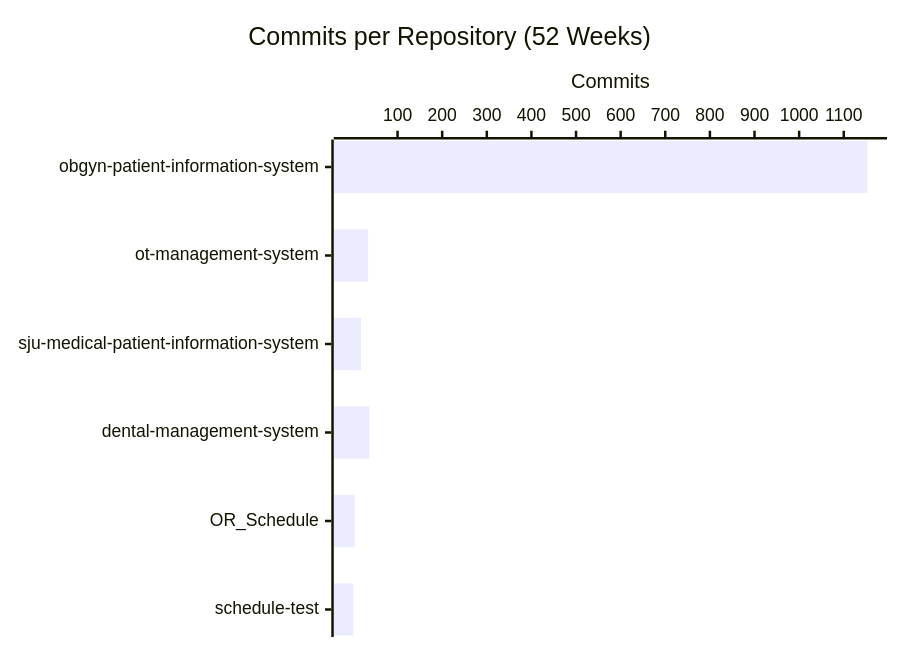
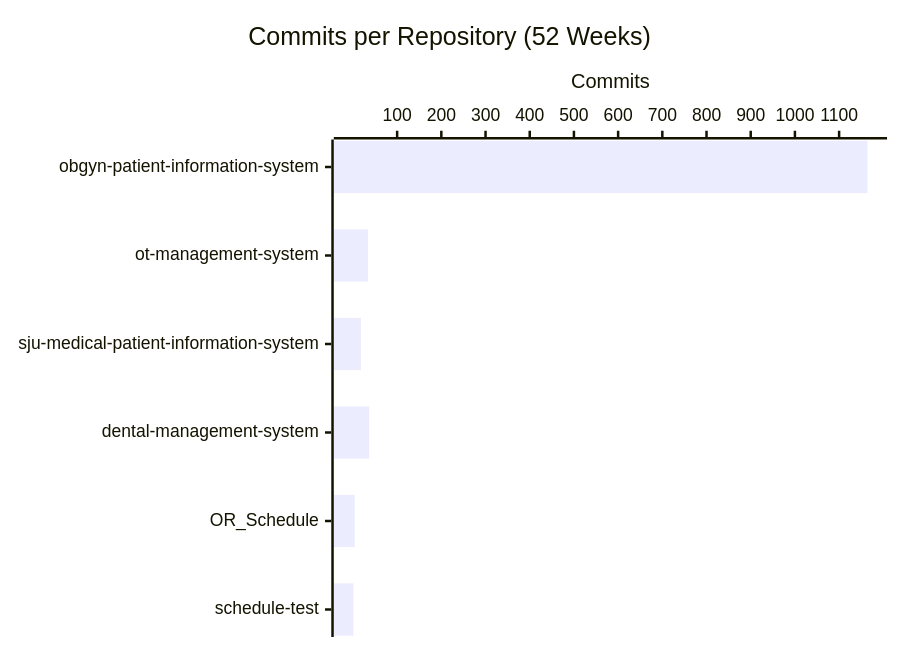
The second of 4 diagrams in profile/README.md (CSTH-Projects/.github), drawn with Mermaid before and after one commit. The commit also changed other lines of this file, not shown here.

````diff
--- a/profile/README.md
+++ b/profile/README.md
@@ -24,7 +24,7 @@
 ```mermaid
 xychart-beta horizontal
     title "Commits per Repository (52 Weeks)"
     x-axis ["obgyn-patient-information-system", "ot-management-system", "sju-medical-patient-information-system", "dental-management-system", "OR_Schedule", "schedule-test"]
     y-axis "Commits"
-    bar [1153, 34, 18, 37, 4, 1]
+    bar [1164, 34, 18, 37, 4, 1]
 ```
````
